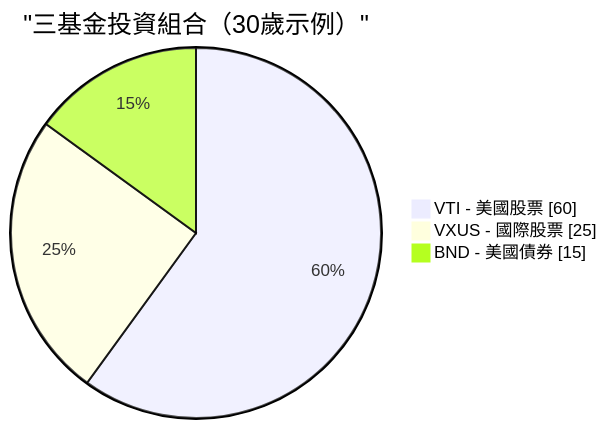
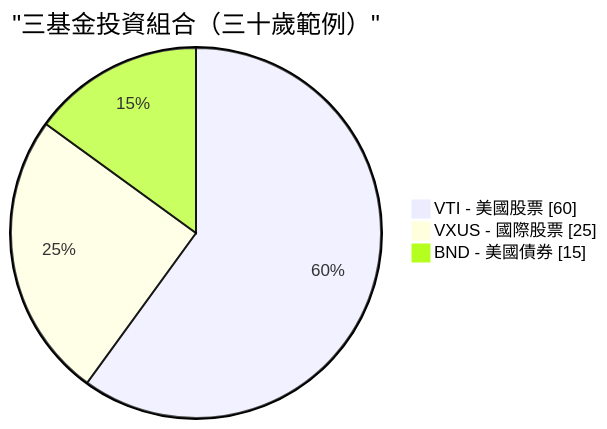
One commit to chanmainvest/tutorial changed the fourth of 4 diagrams in course_tw/week02_index_funds_etfs.md. Above: the diagram before and after it, drawn with Mermaid. The commit also changed other lines of this file and 451 other files, not shown here.

````diff
--- a/course_tw/week02_index_funds_etfs.md
+++ b/course_tw/week02_index_funds_etfs.md
@@ -307,7 +307,7 @@
 ```mermaid
 pie showData
-    title "三基金投資組合（30歲示例）"
+    title "三基金投資組合（三十歲範例）"
     "VTI - 美國股票" : 60
     "VXUS - 國際股票" : 25
     "BND - 美國債券" : 15
 ```
````
